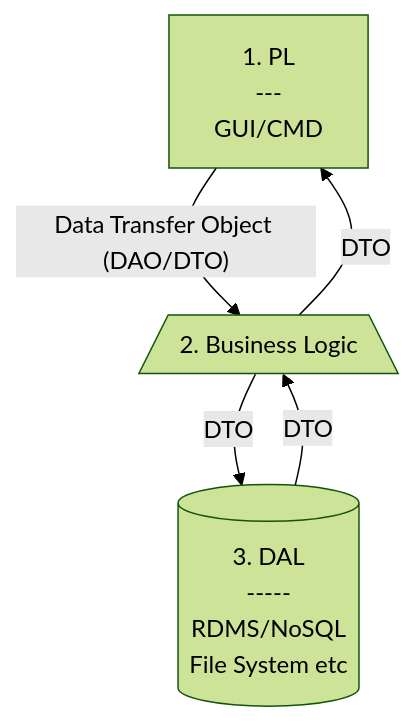
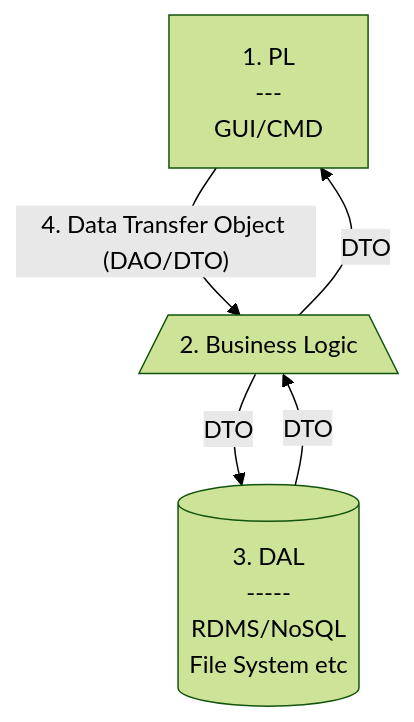
One commit to Mu-Ahmad/ead_notes changed the diagram in ead_lecture5.md. Above: the diagram before and after it, drawn with Mermaid (forest theme). The commit also changed 5 other files, not shown here.

````diff
--- a/ead_lecture5.md
+++ b/ead_lecture5.md
@@ -13,9 +13,9 @@
 ```mermaid
 graph TD
 	A["1. PL<br>---<br>GUI/CMD"]
 	B[/2. Business Logic\]
 	C[("3. DAL<br>-----<br>RDMS/NoSQL<br>File System etc")]
-	A --> |"Data Transfer Object (DAO/DTO)"| B --> |"DTO"| C
+	A --> |"4. Data Transfer Object (DAO/DTO)"| B --> |"DTO"| C
 	B --> |"DTO"| A 
 	C --> |"DTO"| B
 ```
````
